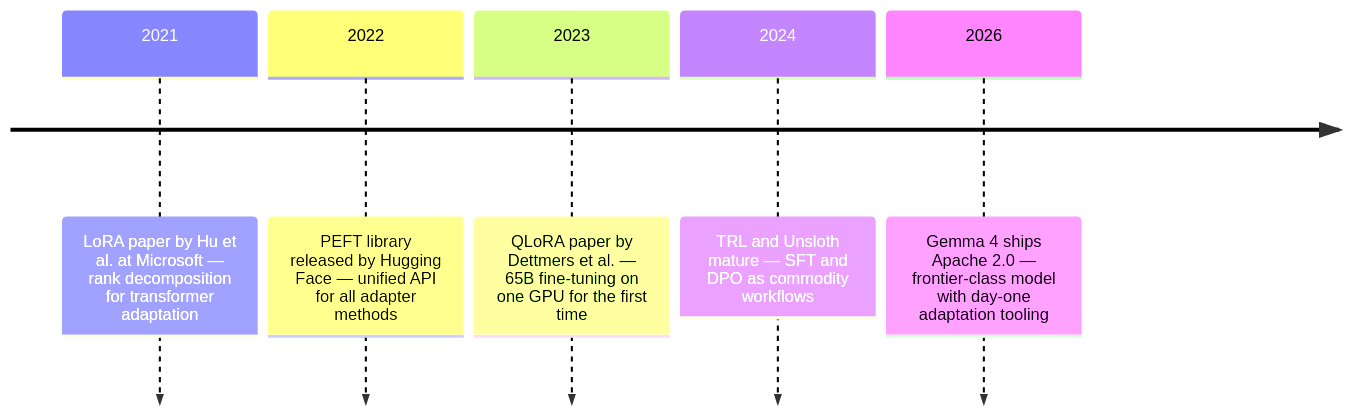
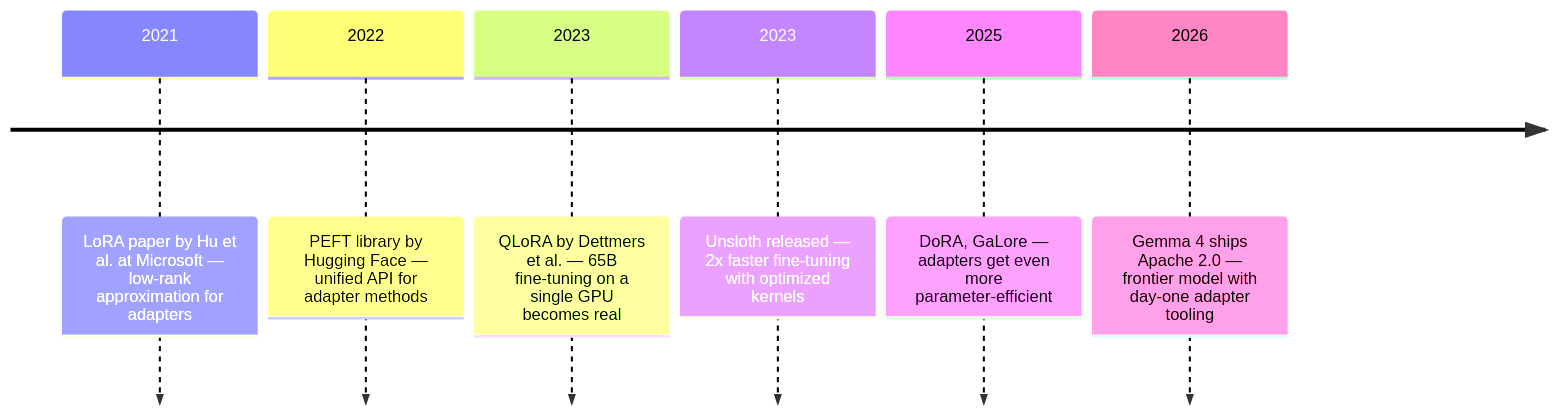
Before and after one commit to JuanLara18/portfolio: the third of 3 diagrams in front/public/blog/posts/field-notes/fine-tuning-gemma4-lora-qlora.md, drawn with Mermaid. The commit also changed other lines of this file and 1 other file, not shown here.

First line of the commit message:
refactor: update fine-tuning Gemma 4 blog post for clarity and depth

````diff
--- a/front/public/blog/posts/field-notes/fine-tuning-gemma4-lora-qlora.md
+++ b/front/public/blog/posts/field-notes/fine-tuning-gemma4-lora-qlora.md
@@ -352,8 +498,9 @@
 ```mermaid
 timeline
-    2021 : LoRA paper by Hu et al. at Microsoft — rank decomposition for transformer adaptation
-    2022 : PEFT library released by Hugging Face — unified API for all adapter methods
-    2023 : QLoRA paper by Dettmers et al. — 65B fine-tuning on one GPU for the first time
-    2024 : TRL and Unsloth mature — SFT and DPO as commodity workflows
-    2026 : Gemma 4 ships Apache 2.0 — frontier-class model with day-one adaptation tooling
+    2021 : LoRA paper by Hu et al. at Microsoft — low-rank approximation for adapters
+    2022 : PEFT library by Hugging Face — unified API for adapter methods
+    2023 : QLoRA by Dettmers et al. — 65B fine-tuning on a single GPU becomes real
+    2023 : Unsloth released — 2x faster fine-tuning with optimized kernels
+    2025 : DoRA, GaLore — adapters get even more parameter-efficient
+    2026 : Gemma 4 ships Apache 2.0 — frontier model with day-one adapter tooling
 ```
````
